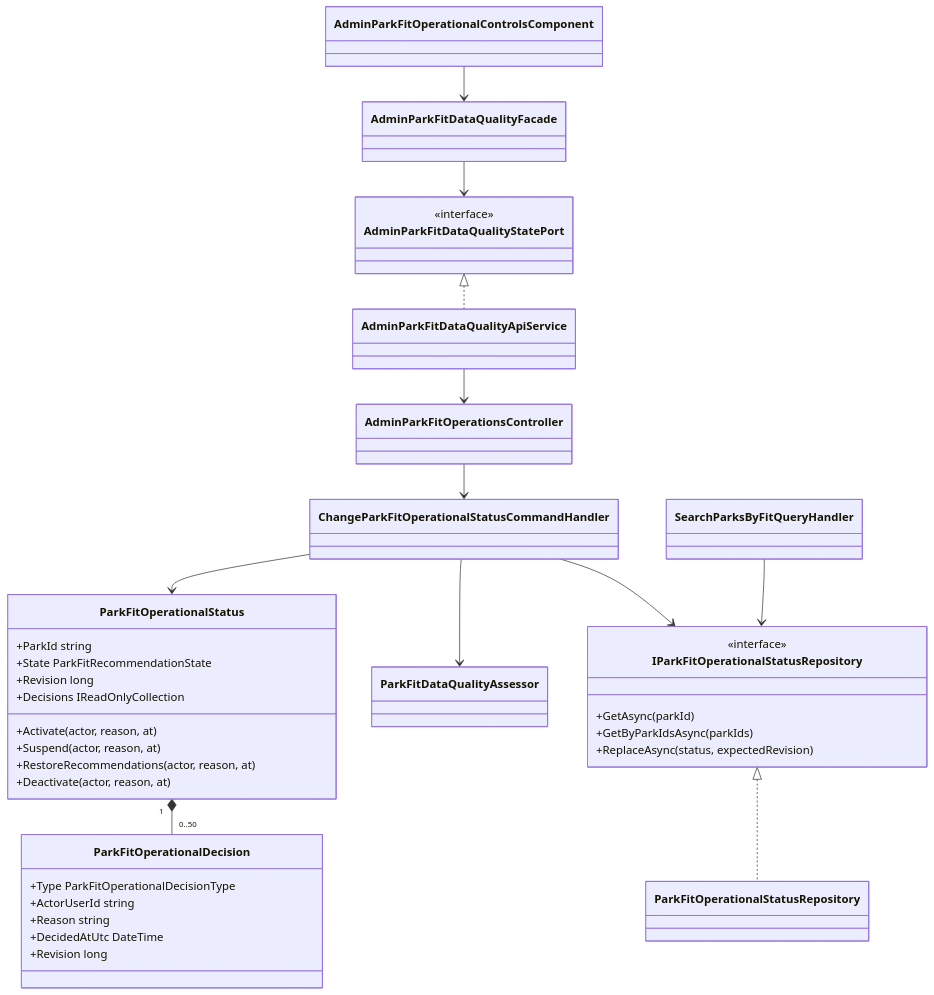
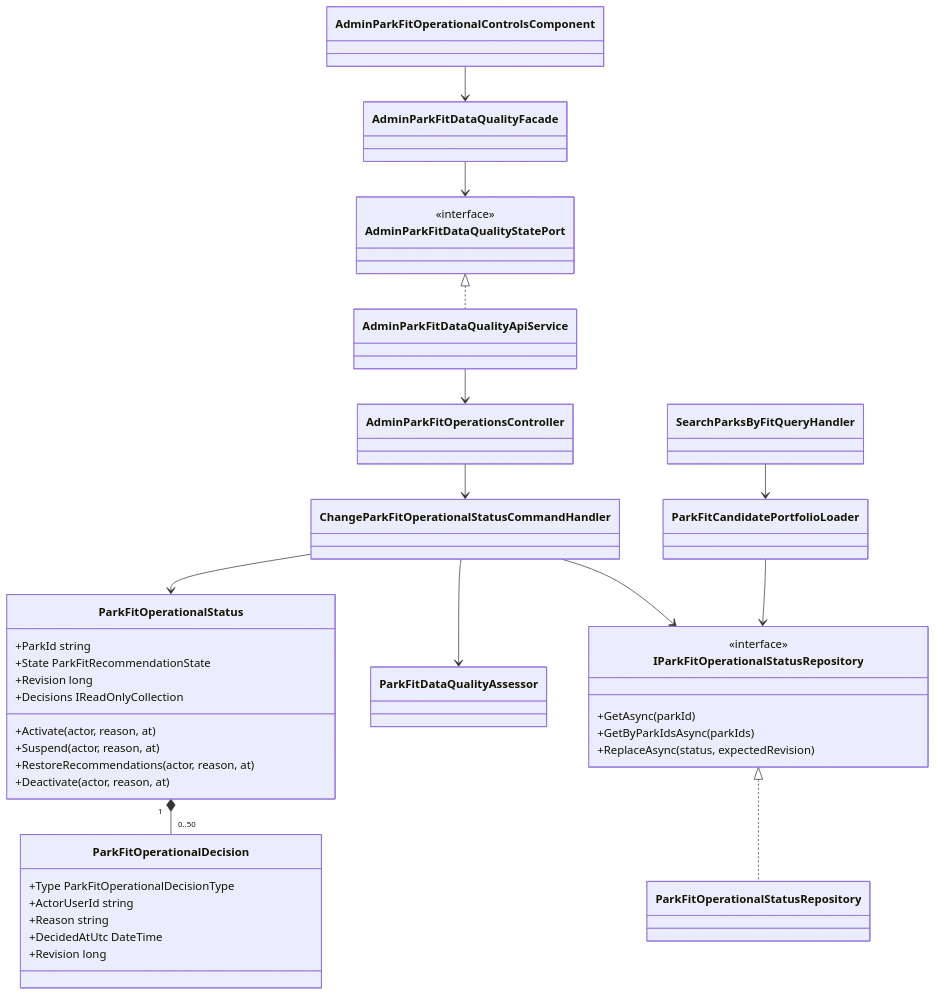
One commit to Ced59/AmusementParkProject changed the second of 4 diagrams in docs/architecture/product-growth-fit-15-portfolio-activation-2026-09-14.md. Above: the diagram before and after it, drawn with Mermaid. The commit also changed other lines of this file and 10 other files, not shown here.

Commit message:
fix(park-fit): sécuriser activation et pagination

````diff
--- a/docs/architecture/product-growth-fit-15-portfolio-activation-2026-09-14.md
+++ b/docs/architecture/product-growth-fit-15-portfolio-activation-2026-09-14.md
@@ -52,49 +52,51 @@
 ```mermaid
 classDiagram
     class ParkFitOperationalStatus {
       +ParkId string
       +State ParkFitRecommendationState
       +Revision long
       +Decisions IReadOnlyCollection
       +Activate(actor, reason, at)
       +Suspend(actor, reason, at)
       +RestoreRecommendations(actor, reason, at)
       +Deactivate(actor, reason, at)
     }
     class ParkFitOperationalDecision {
       +Type ParkFitOperationalDecisionType
       +ActorUserId string
       +Reason string
       +DecidedAtUtc DateTime
       +Revision long
     }
     class ChangeParkFitOperationalStatusCommandHandler
     class ParkFitDataQualityAssessor
     class IParkFitOperationalStatusRepository {
       <<interface>>
       +GetAsync(parkId)
       +GetByParkIdsAsync(parkIds)
       +ReplaceAsync(status, expectedRevision)
     }
     class ParkFitOperationalStatusRepository
     class SearchParksByFitQueryHandler
+    class ParkFitCandidatePortfolioLoader
     class AdminParkFitOperationalControlsComponent
     class AdminParkFitDataQualityFacade
     class AdminParkFitDataQualityStatePort {
       <<interface>>
     }
     class AdminParkFitDataQualityApiService
     class AdminParkFitOperationsController
 
     ParkFitOperationalStatus "1" *-- "0..50" ParkFitOperationalDecision
     ChangeParkFitOperationalStatusCommandHandler --> ParkFitOperationalStatus
     ChangeParkFitOperationalStatusCommandHandler --> ParkFitDataQualityAssessor
     ChangeParkFitOperationalStatusCommandHandler --> IParkFitOperationalStatusRepository
     IParkFitOperationalStatusRepository <|.. ParkFitOperationalStatusRepository
-    SearchParksByFitQueryHandler --> IParkFitOperationalStatusRepository
+    SearchParksByFitQueryHandler --> ParkFitCandidatePortfolioLoader
+    ParkFitCandidatePortfolioLoader --> IParkFitOperationalStatusRepository
     AdminParkFitOperationalControlsComponent --> AdminParkFitDataQualityFacade
     AdminParkFitDataQualityFacade --> AdminParkFitDataQualityStatePort
     AdminParkFitDataQualityStatePort <|.. AdminParkFitDataQualityApiService
     AdminParkFitDataQualityApiService --> AdminParkFitOperationsController
     AdminParkFitOperationsController --> ChangeParkFitOperationalStatusCommandHandler
 ```
````
